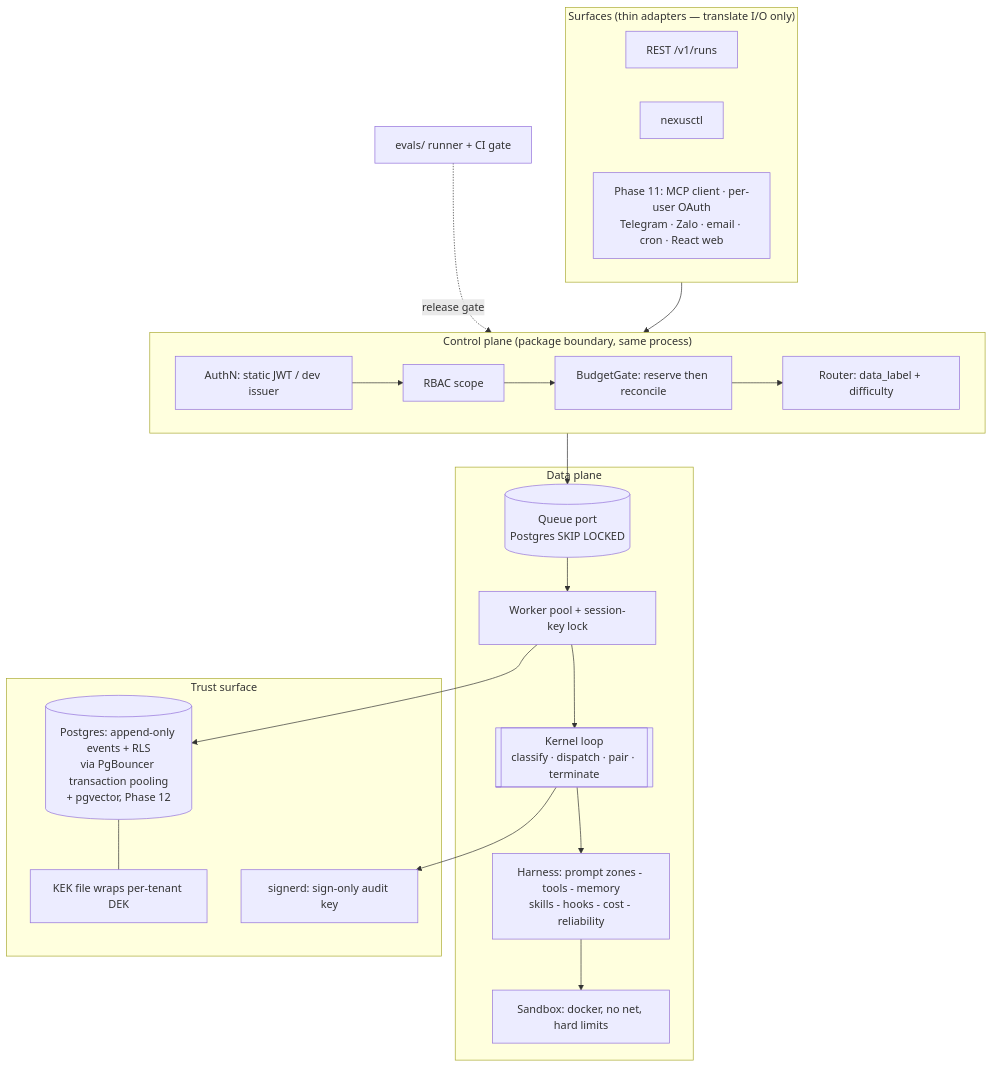
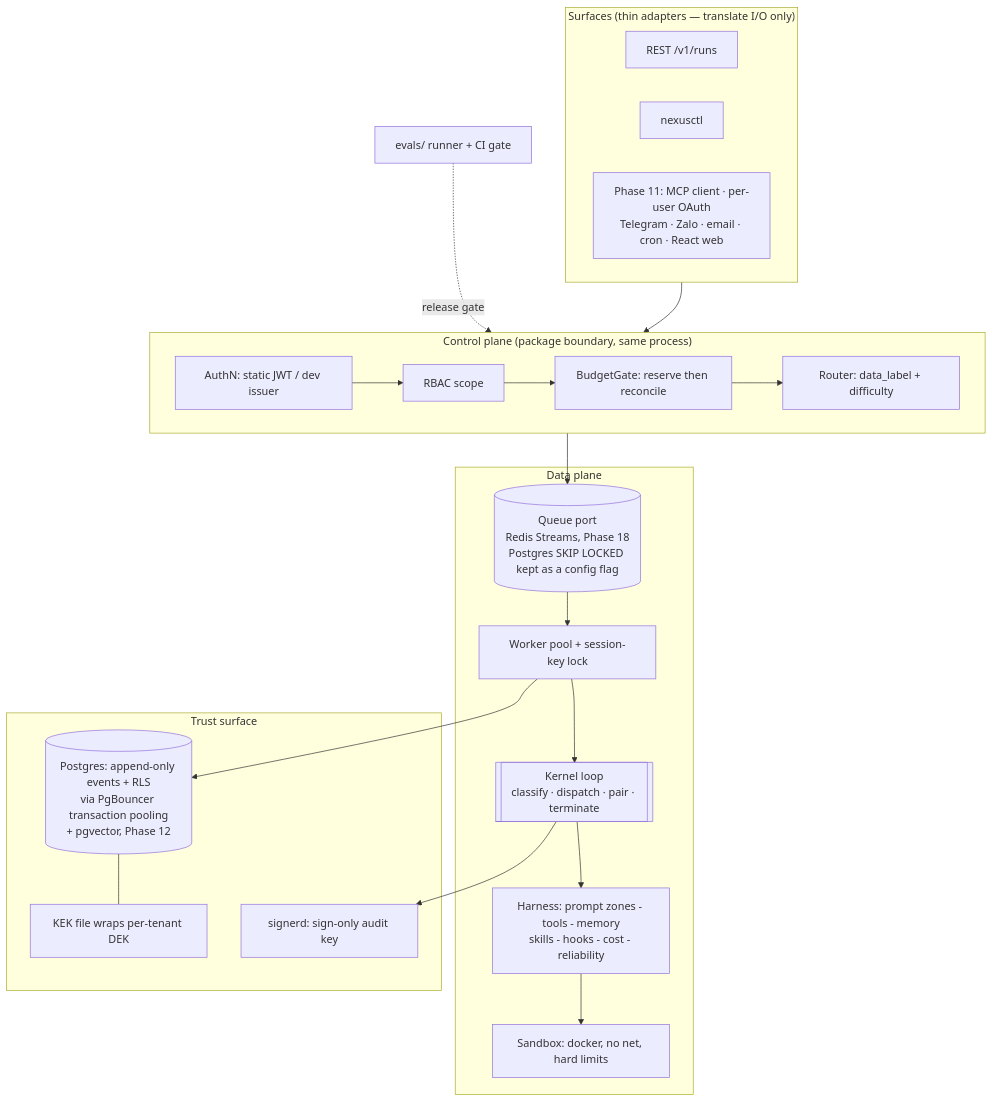
Before and after one commit to truongpx396/nexus-agent-demo: the diagram in README.md, drawn with Mermaid. The commit also changed other lines of this file and 24 other files, not shown here.

````diff
--- a/README.md
+++ b/README.md
@@ -78,35 +78,35 @@
 ```mermaid
 flowchart TB
     subgraph Surfaces["Surfaces (thin adapters — translate I/O only)"]
         REST[REST /v1/runs]
         CLI[nexusctl]
         EXT["Phase 11: MCP client · per-user OAuth<br/>Telegram · Zalo · email · cron · React web"]
     end
 
     subgraph CP["Control plane (package boundary, same process)"]
         Auth[AuthN: static JWT / dev issuer] --> RBAC[RBAC scope]
         RBAC --> Budget[BudgetGate: reserve then reconcile]
         Budget --> Route[Router: data_label + difficulty]
     end
 
     subgraph DP["Data plane"]
-        Q[(Queue port<br/>Postgres SKIP LOCKED)]
+        Q[(Queue port<br/>Redis Streams, Phase 18<br/>Postgres SKIP LOCKED kept as a config flag)]
         W[Worker pool + session-key lock]
         K[[Kernel loop<br/>classify · dispatch · pair · terminate]]
         H[Harness: prompt zones - tools - memory<br/>skills - hooks - cost - reliability]
         SB[Sandbox: docker, no net, hard limits]
     end
 
     subgraph Trust["Trust surface"]
         PG[(Postgres: append-only events + RLS<br/>via PgBouncer transaction pooling<br/>+ pgvector, Phase 12)]
         SD[signerd: sign-only audit key]
         KEK[KEK file wraps per-tenant DEK]
     end
 
     Surfaces --> CP --> Q --> W --> K --> H
     H --> SB
     W --> PG
     K --> SD
     PG --- KEK
     EV[evals/ runner + CI gate] -.release gate.-> CP
 ```
````
